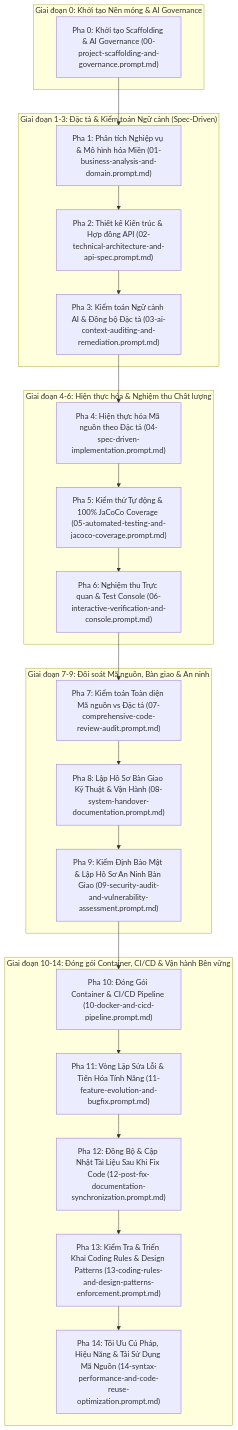
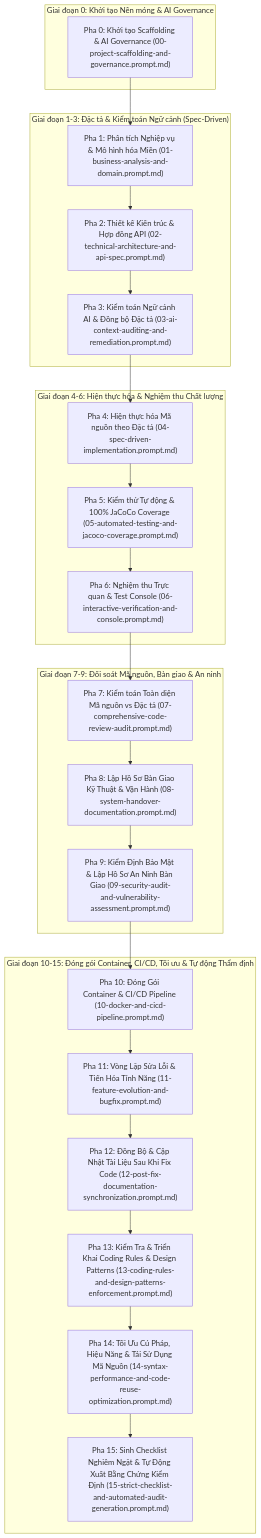
Before and after one commit to duongbaphuc/ai-native-oms-api: the diagram in docs/prompt/01-sdlc-playbook/00-MASTER-AI-NATIVE-SDLC-PLAYBOOK.md, drawn with Mermaid. The commit also changed other lines of this file and 4 other files, not shown here.

First line of the commit message:
feat(sdlc): add Phase 15 prompt and generate automated verification checklist audit artifact (#66)

````diff
--- a/docs/prompt/01-sdlc-playbook/00-MASTER-AI-NATIVE-SDLC-PLAYBOOK.md
+++ b/docs/prompt/01-sdlc-playbook/00-MASTER-AI-NATIVE-SDLC-PLAYBOOK.md
@@ -9,32 +9,33 @@
 ```mermaid
 graph TD
     subgraph "Giai đoạn 0: Khởi tạo Nền móng & AI Governance"
         P0["Pha 0: Khởi tạo Scaffolding & AI Governance (00-project-scaffolding-and-governance.prompt.md)"]
     end
 
     subgraph "Giai đoạn 1-3: Đặc tả & Kiểm toán Ngữ cảnh (Spec-Driven)"
         P0 --> P1["Pha 1: Phân tích Nghiệp vụ & Mô hình hóa Miền (01-business-analysis-and-domain.prompt.md)"]
         P1 --> P2["Pha 2: Thiết kế Kiến trúc & Hợp đồng API (02-technical-architecture-and-api-spec.prompt.md)"]
         P2 --> P3["Pha 3: Kiểm toán Ngữ cảnh AI & Đồng bộ Đặc tả (03-ai-context-auditing-and-remediation.prompt.md)"]
     end
 
     subgraph "Giai đoạn 4-6: Hiện thực hóa & Nghiệm thu Chất lượng"
         P3 --> P4["Pha 4: Hiện thực hóa Mã nguồn theo Đặc tả (04-spec-driven-implementation.prompt.md)"]
         P4 --> P5["Pha 5: Kiểm thử Tự động & 100% JaCoCo Coverage (05-automated-testing-and-jacoco-coverage.prompt.md)"]
         P5 --> P6["Pha 6: Nghiệm thu Trực quan & Test Console (06-interactive-verification-and-console.prompt.md)"]
     end
 
     subgraph "Giai đoạn 7-9: Đối soát Mã nguồn, Bàn giao & An ninh"
         P6 --> P7["Pha 7: Kiểm toán Toàn diện Mã nguồn vs Đặc tả (07-comprehensive-code-review-audit.prompt.md)"]
         P7 --> P8["Pha 8: Lập Hồ Sơ Bàn Giao Kỹ Thuật & Vận Hành (08-system-handover-documentation.prompt.md)"]
         P8 --> P9["Pha 9: Kiểm Định Bảo Mật & Lập Hồ Sơ An Ninh Bàn Giao (09-security-audit-and-vulnerability-assessment.prompt.md)"]
     end
 
-    subgraph "Giai đoạn 10-14: Đóng gói Container, CI/CD & Vận hành Bền vững"
+    subgraph "Giai đoạn 10-15: Đóng gói Container, CI/CD, Tối ưu & Tự động Thẩm định"
         P9 --> P10["Pha 10: Đóng Gói Container & CI/CD Pipeline (10-docker-and-cicd-pipeline.prompt.md)"]
         P10 --> P11["Pha 11: Vòng Lặp Sửa Lỗi & Tiến Hóa Tính Năng (11-feature-evolution-and-bugfix.prompt.md)"]
         P11 --> P12["Pha 12: Đồng Bộ & Cập Nhật Tài Liệu Sau Khi Fix Code (12-post-fix-documentation-synchronization.prompt.md)"]
         P12 --> P13["Pha 13: Kiểm Tra & Triển Khai Coding Rules & Design Patterns (13-coding-rules-and-design-patterns-enforcement.prompt.md)"]
         P13 --> P14["Pha 14: Tối Ưu Cú Pháp, Hiệu Năng & Tái Sử Dụng Mã Nguồn (14-syntax-performance-and-code-reuse-optimization.prompt.md)"]
+        P14 --> P15["Pha 15: Sinh Checklist Nghiêm Ngặt & Tự Động Xuất Bằng Chứng Kiểm Định (15-strict-checklist-and-automated-audit-generation.prompt.md)"]
     end
 ```
````
